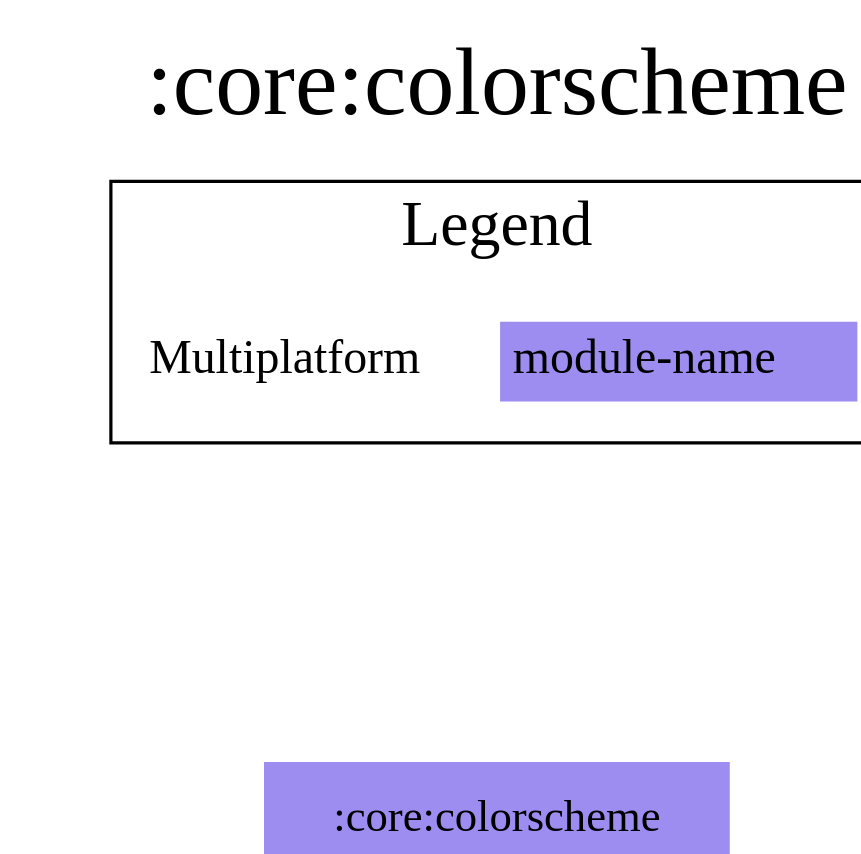
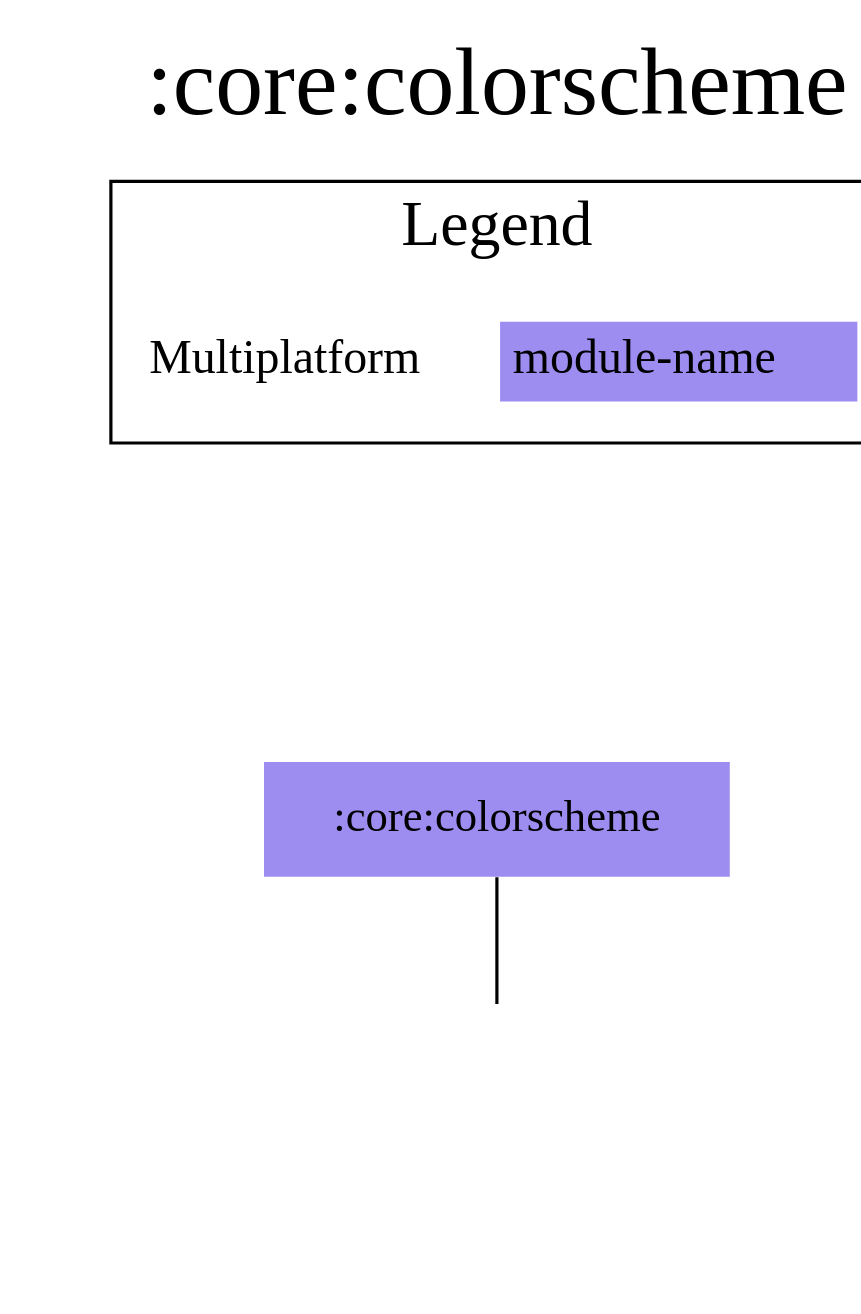
One commit to jonapoul/aktual changed the diagram in modules/core/colorscheme/modules.dot. Above: the diagram before and after it, drawn with Graphviz. The commit also changed 35 other files, not shown here.

Commit message:
ColorSchemeType -> core:model

```diff
--- a/modules/core/colorscheme/modules.dot
+++ b/modules/core/colorscheme/modules.dot
@@ -1,19 +1,21 @@
 digraph {
 edge ["dir"="forward"]
 graph ["dpi"="100","label"=":core:colorscheme","labelloc"="t","fontsize"="30","ranksep"="1.5","rankdir"="TB"]
 node ["style"="filled"]
 ":core:colorscheme" ["fillcolor"="#9D8DF1","shape"="none"]
+":core:model" ["fillcolor"="#9D8DF1","shape"="none"]
 {
 edge ["dir"="none"]
 graph ["rank"="same"]
 }
+":core:colorscheme" -> ":core:model"
 subgraph "cluster_legend" {
 edge ["dir"="none"]
 graph ["label"="Legend","fontsize"="20"]
 "Legend" ["style"="filled","fillcolor"="#FFFFFF","shape"="none","margin"="0","fontsize"="15","label"=<
 <TABLE BORDER="0" CELLBORDER="0" CELLSPACING="0" CELLPADDING="4">
 <TR><TD>Multiplatform</TD><TD BGCOLOR="#9D8DF1">module-name</TD></TR>
 </TABLE>
 >]
 } -> ":core:colorscheme" ["style"="invis"]
 }
```
